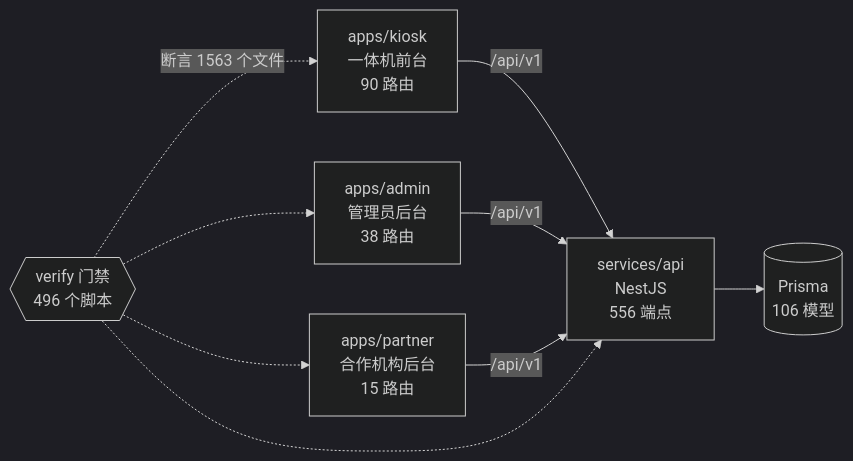
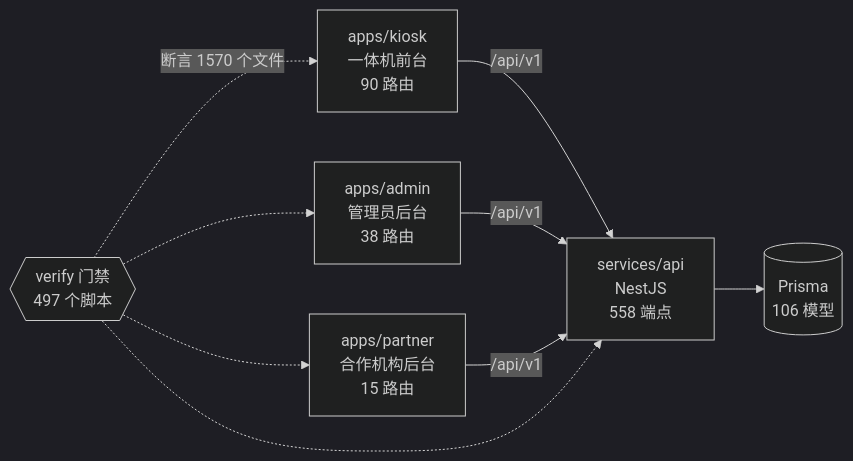
Before and after one commit to wanglei581/YITIJI: the diagram in docs/graph/README.md, drawn with Mermaid (dark theme). The commit also changed other lines of this file and 4 other files, not shown here.

Commit message:
docs(graph): regenerate after the AI access gate

````diff
--- a/docs/graph/README.md
+++ b/docs/graph/README.md
@@ -68,18 +68,18 @@
 ```mermaid
 flowchart LR
   kiosk["apps/kiosk<br/>一体机前台<br/>90 路由"]
   admin["apps/admin<br/>管理员后台<br/>38 路由"]
   partner["apps/partner<br/>合作机构后台<br/>15 路由"]
-  api["services/api<br/>NestJS<br/>556 端点"]
+  api["services/api<br/>NestJS<br/>558 端点"]
   db[("Prisma<br/>106 模型")]
-  gates{{"verify 门禁<br/>496 个脚本"}}
+  gates{{"verify 门禁<br/>497 个脚本"}}
 
   kiosk -->|"/api/v1"| api
   admin -->|"/api/v1"| api
   partner -->|"/api/v1"| api
   api --> db
-  gates -.->|"断言 1563 个文件"| kiosk
+  gates -.->|"断言 1570 个文件"| kiosk
   gates -.-> admin
   gates -.-> partner
   gates -.-> api
 ```
````
